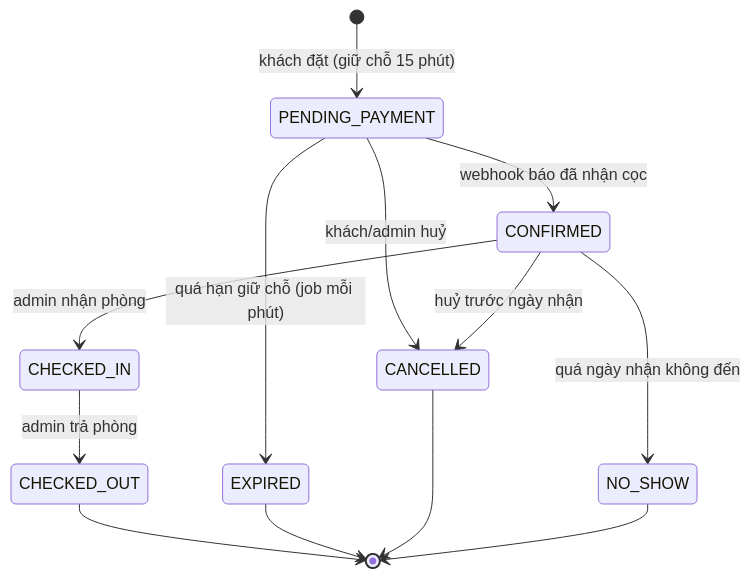
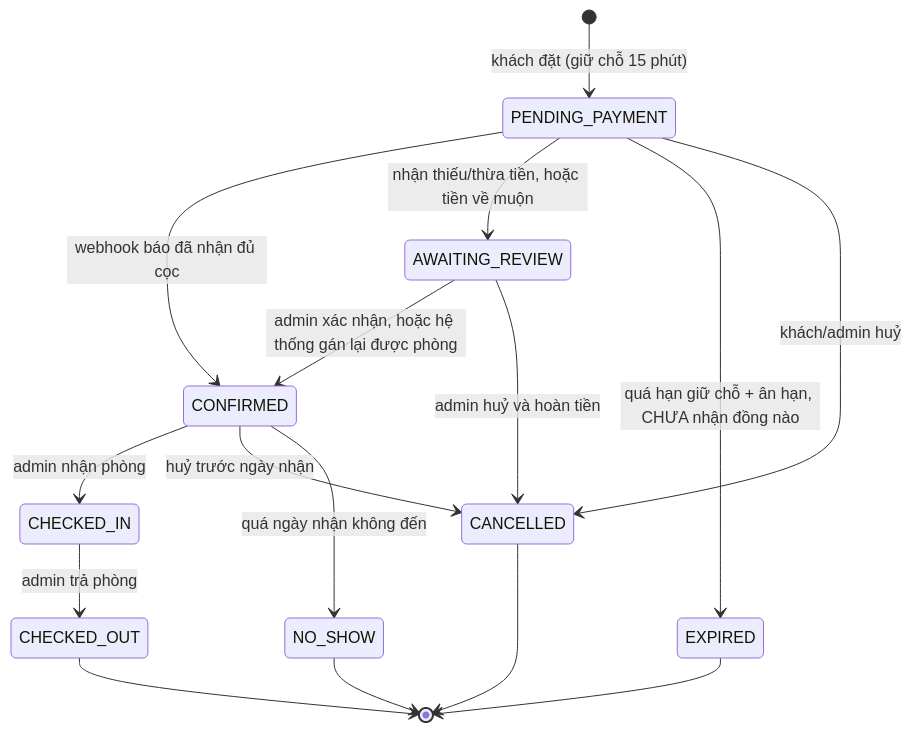
The second of 2 diagrams in plans/260907-1304-homestay-tvh-booking/phase-04-booking-core.md (nhquan403/Project-Final-TVU), drawn with Mermaid before and after one commit. The commit also changed other lines of this file and 9 other files, not shown here.

````diff
--- a/plans/260907-1304-homestay-tvh-booking/phase-04-booking-core.md
+++ b/plans/260907-1304-homestay-tvh-booking/phase-04-booking-core.md
@@ -68,15 +117,18 @@
 ```mermaid
 stateDiagram-v2
     [*] --> PENDING_PAYMENT: khách đặt (giữ chỗ 15 phút)
-    PENDING_PAYMENT --> CONFIRMED: webhook báo đã nhận cọc
-    PENDING_PAYMENT --> EXPIRED: quá hạn giữ chỗ (job mỗi phút)
+    PENDING_PAYMENT --> CONFIRMED: webhook báo đã nhận đủ cọc
+    PENDING_PAYMENT --> AWAITING_REVIEW: nhận thiếu/thừa tiền, hoặc tiền về muộn
+    PENDING_PAYMENT --> EXPIRED: quá hạn giữ chỗ + ân hạn, CHƯA nhận đồng nào
     PENDING_PAYMENT --> CANCELLED: khách/admin huỷ
+    AWAITING_REVIEW --> CONFIRMED: admin xác nhận, hoặc hệ thống gán lại được phòng
+    AWAITING_REVIEW --> CANCELLED: admin huỷ và hoàn tiền
     CONFIRMED --> CHECKED_IN: admin nhận phòng
     CONFIRMED --> CANCELLED: huỷ trước ngày nhận
     CONFIRMED --> NO_SHOW: quá ngày nhận không đến
     CHECKED_IN --> CHECKED_OUT: admin trả phòng
     CHECKED_OUT --> [*]
     EXPIRED --> [*]
     CANCELLED --> [*]
     NO_SHOW --> [*]
 ```
````
